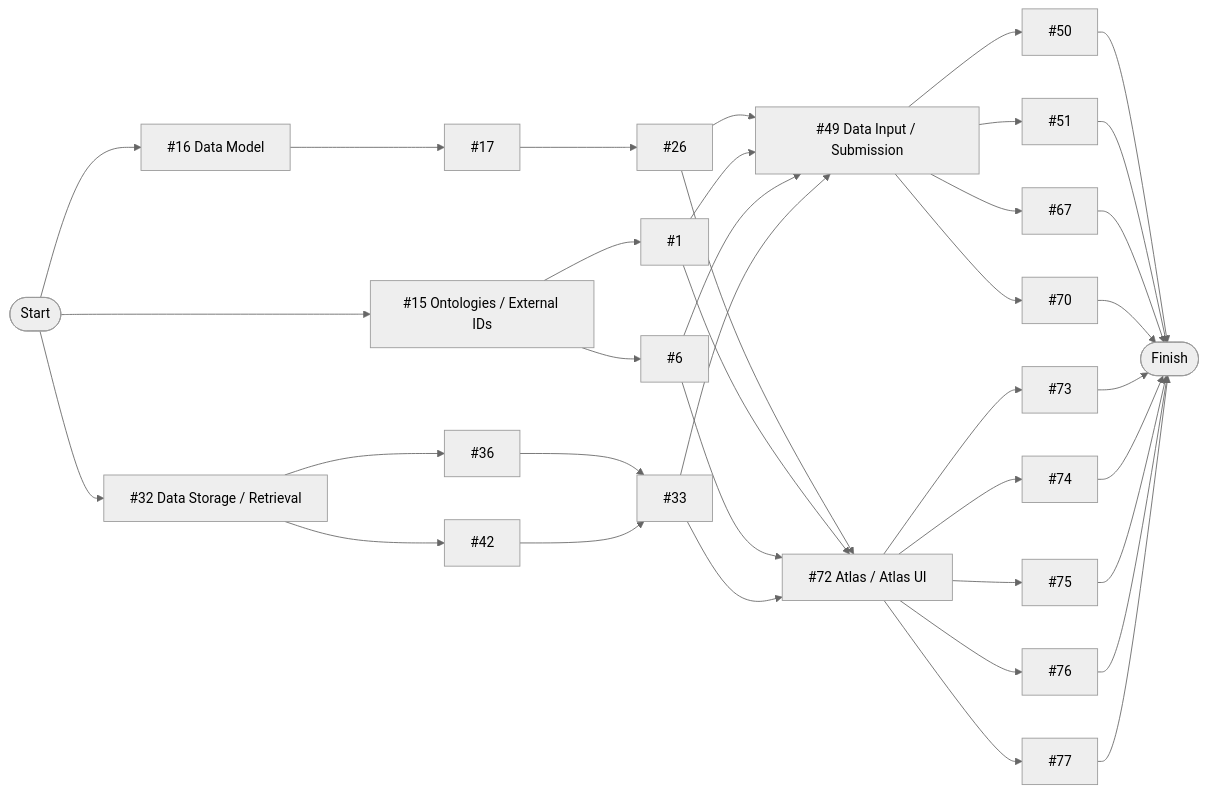
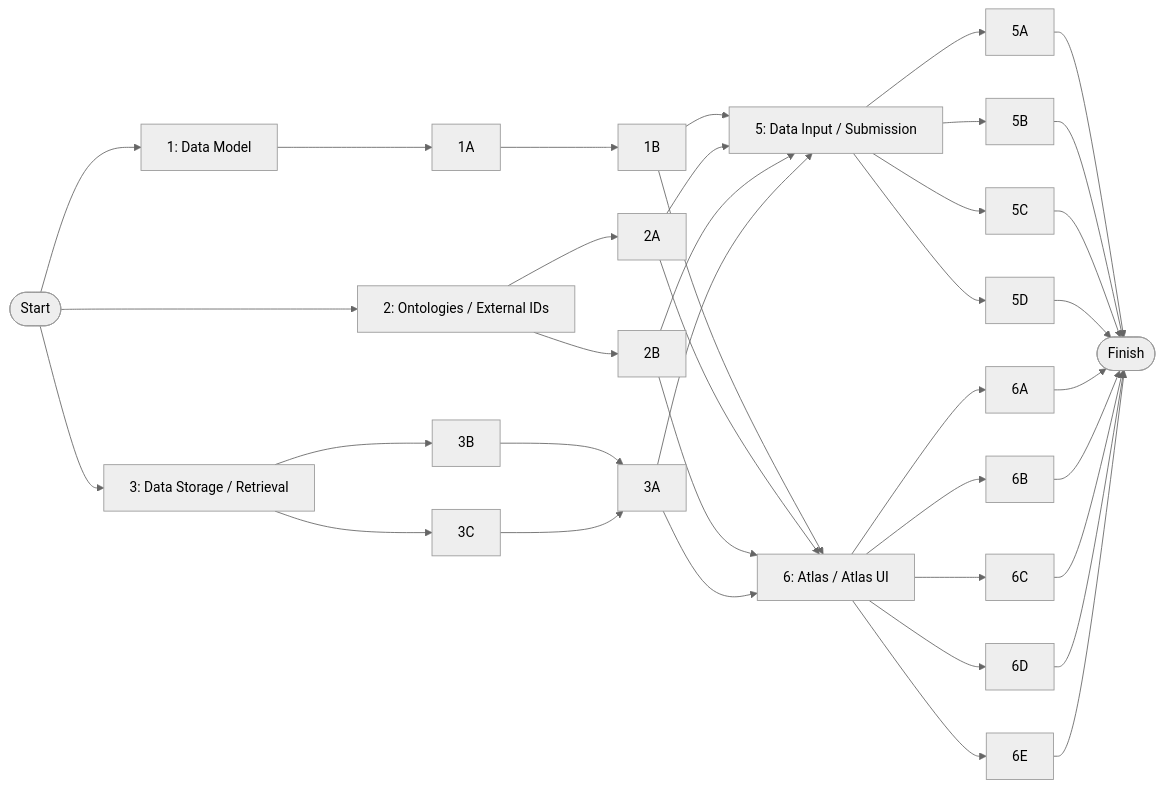
The ninth of 9 diagrams in README.md (zappfish/zapp-requirements-tracker), drawn with Mermaid (neutral theme) before and after one commit.

Commit message:
Use WBS IDs instead of issue numbers in network diagram labels

````diff
--- a/README.md
+++ b/README.md
@@ -388,71 +388,71 @@
 ```mermaid
 graph LR
     Start(["Start"])
 
-    Start --> R1["#16 Data Model"]
-    Start --> R2["#15 Ontologies / External IDs"]
-    Start --> R3["#32 Data Storage / Retrieval"]
+    Start --> R1["1: Data Model"]
+    Start --> R2["2: Ontologies / External IDs"]
+    Start --> R3["3: Data Storage / Retrieval"]
 
-    R1 --> R1A["#17"]
-    R1A --> R1B["#26"]
+    R1 --> R1A["1A"]
+    R1A --> R1B["1B"]
 
-    R2 --> R2A["#1"]
-    R2 --> R2B["#6"]
+    R2 --> R2A["2A"]
+    R2 --> R2B["2B"]
 
-    R3 --> R3B["#36"]
-    R3 --> R3C["#42"]
-    R3B --> R3A["#33"]
+    R3 --> R3B["3B"]
+    R3 --> R3C["3C"]
+    R3B --> R3A["3A"]
     R3C --> R3A
 
-    R1B --> R5["#49 Data Input / Submission"]
-    R1B --> R6["#72 Atlas / Atlas UI"]
+    R1B --> R5["5: Data Input / Submission"]
+    R1B --> R6["6: Atlas / Atlas UI"]
     R2A --> R5
     R2A --> R6
     R2B --> R5
     R2B --> R6
     R3A --> R5
     R3A --> R6
 
-    R5 --> R5A["#50"]
-    R5 --> R5B["#51"]
-    R5 --> R5C["#67"]
-    R5 --> R5D["#70"]
+    R5 --> R5A["5A"]
+    R5 --> R5B["5B"]
+    R5 --> R5C["5C"]
+    R5 --> R5D["5D"]
 
-    R6 --> R6A["#73"]
-    R6 --> R6B["#74"]
-    R6 --> R6C["#75"]
-    R6 --> R6D["#76"]
-    R6 --> R6E["#77"]
+    R6 --> R6A["6A"]
+    R6 --> R6B["6B"]
+    R6 --> R6C["6C"]
+    R6 --> R6D["6D"]
+    R6 --> R6E["6E"]
 
     R5A --> Finish(["Finish"])
     R5B --> Finish
     R5C --> Finish
     R5D --> Finish
     R6A --> Finish
     R6B --> Finish
     R6C --> Finish
     R6D --> Finish
     R6E --> Finish
 
     click R5 href "https://github.com/zappfish/zapp-requirements-tracker/issues/49" _blank
     click R6 href "https://github.com/zappfish/zapp-requirements-tracker/issues/72" _blank
     click R5A href "https://github.com/zappfish/zapp-requirements-tracker/issues/50" _blank
     click R5B href "https://github.com/zappfish/zapp-requirements-tracker/issues/51" _blank
     click R5C href "https://github.com/zappfish/zapp-requirements-tracker/issues/67" _blank
     click R5D href "https://github.com/zappfish/zapp-requirements-tracker/issues/70" _blank
     click R6A href "https://github.com/zappfish/zapp-requirements-tracker/issues/73" _blank
     click R6B href "https://github.com/zappfish/zapp-requirements-tracker/issues/74" _blank
     click R6C href "https://github.com/zappfish/zapp-requirements-tracker/issues/75" _blank
     click R6D href "https://github.com/zappfish/zapp-requirements-tracker/issues/76" _blank
     click R6E href "https://github.com/zappfish/zapp-requirements-tracker/issues/77" _blank
     click R1 href "https://github.com/zappfish/zapp-requirements-tracker/issues/16" _blank
     click R1A href "https://github.com/zappfish/zapp-requirements-tracker/issues/17" _blank
     click R1B href "https://github.com/zappfish/zapp-requirements-tracker/issues/26" _blank
     click R2 href "https://github.com/zappfish/zapp-requirements-tracker/issues/15" _blank
     click R2A href "https://github.com/zappfish/zapp-requirements-tracker/issues/1" _blank
     click R2B href "https://github.com/zappfish/zapp-requirements-tracker/issues/6" _blank
     click R3 href "https://github.com/zappfish/zapp-requirements-tracker/issues/32" _blank
     click R3A href "https://github.com/zappfish/zapp-requirements-tracker/issues/33" _blank
     click R3B href "https://github.com/zappfish/zapp-requirements-tracker/issues/36" _blank
     click R3C href "https://github.com/zappfish/zapp-requirements-tracker/issues/42" _blank
 ```
````
